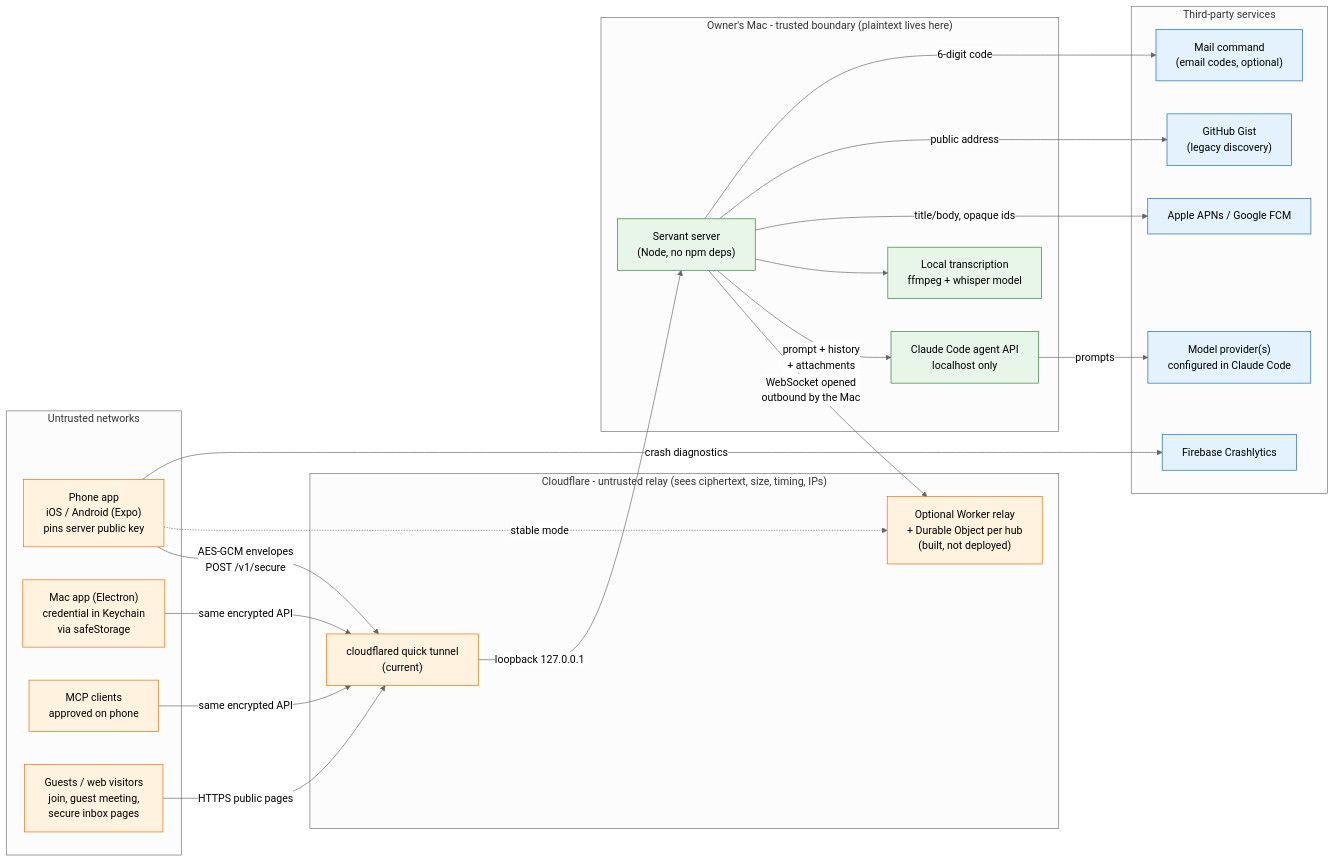
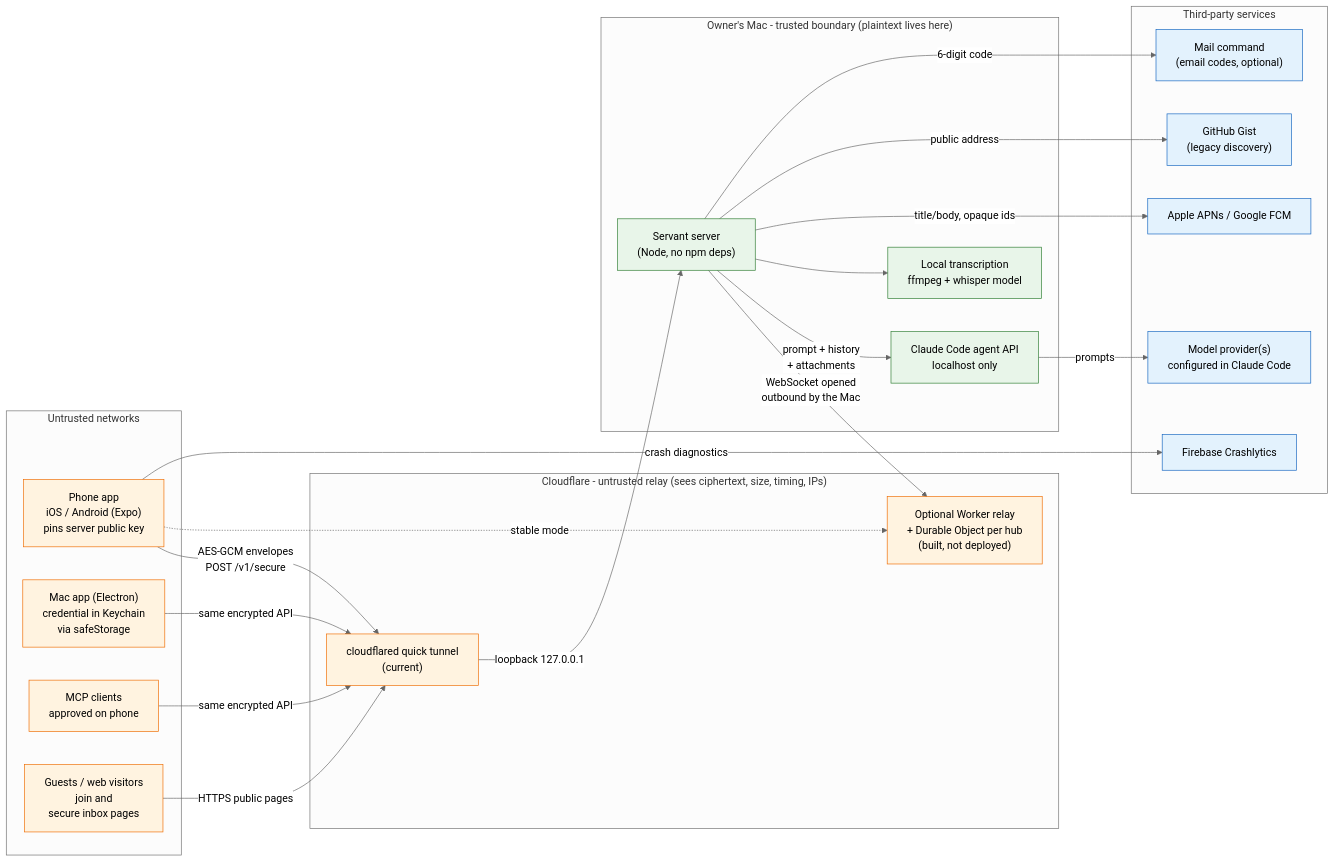
Before and after one commit to slavingia/servant: the diagram in docs/security-architecture/01-system-context.mmd, drawn with Mermaid (neutral theme). The commit also changed 162 other files, not shown here.

```diff
--- a/docs/security-architecture/01-system-context.mmd
+++ b/docs/security-architecture/01-system-context.mmd
@@ -1,41 +1,41 @@
 flowchart LR
   subgraph U["Untrusted networks"]
     P["Phone app<br/>iOS / Android (Expo)<br/>pins server public key"]
     M["Mac app (Electron)<br/>credential in Keychain<br/>via safeStorage"]
     X["MCP clients<br/>approved on phone"]
-    G["Guests / web visitors<br/>join, guest meeting,<br/>secure inbox pages"]
+    G["Guests / web visitors<br/>join and<br/>secure inbox pages"]
   end
   subgraph CF["Cloudflare - untrusted relay (sees ciphertext, size, timing, IPs)"]
     T["cloudflared quick tunnel<br/>(current)"]
     R["Optional Worker relay<br/>+ Durable Object per hub<br/>(built, not deployed)"]
   end
   subgraph OM["Owner's Mac - trusted boundary (plaintext lives here)"]
     S["Servant server<br/>(Node, no npm deps)"]
     H["Claude Code agent API<br/>localhost only"]
     W["Local transcription<br/>ffmpeg + whisper model"]
   end
   subgraph EXT["Third-party services"]
     LLM["Model provider(s)<br/>configured in Claude Code"]
     PUSH["Apple APNs / Google FCM"]
     CR["Firebase Crashlytics"]
     GH["GitHub Gist<br/>(legacy discovery)"]
     ML["Mail command<br/>(email codes, optional)"]
   end
   P -- "AES-GCM envelopes<br/>POST /v1/secure" --> T
   M -- "same encrypted API" --> T
   X -- "same encrypted API" --> T
   P -. "stable mode" .-> R
   T -- "loopback 127.0.0.1" --> S
   S -- "WebSocket opened<br/>outbound by the Mac" --> R
   G -- "HTTPS public pages" --> T
   S -- "prompt + history<br/>+ attachments" --> H
   H -- "prompts" --> LLM
   S --> W
   S -- "title/body, opaque ids" --> PUSH
   P -- "crash diagnostics" --> CR
   S -- "public address" --> GH
   S -- "6-digit code" --> ML
   classDef trusted fill:#e8f5e9,stroke:#2e7d32,color:#000;
   classDef untrusted fill:#fff3e0,stroke:#ef6c00,color:#000;
   classDef third fill:#e3f2fd,stroke:#1565c0,color:#000;
   class S,H,W trusted; class T,R,P,M,X,G untrusted; class LLM,PUSH,CR,GH,ML third;
```
